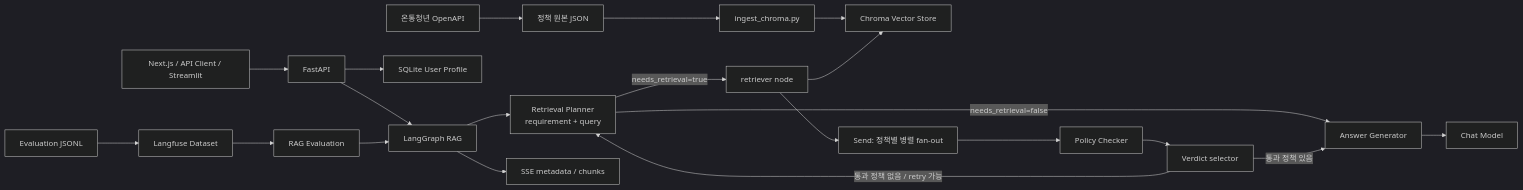
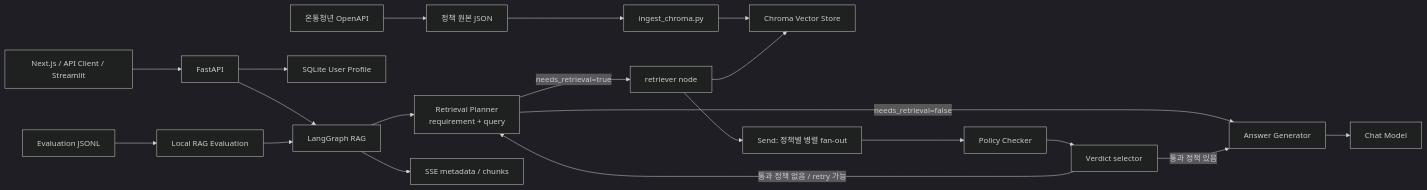
Before and after one commit to SungjinWi99/Youth-Policy-RAG: the diagram in README.md, drawn with Mermaid (dark theme). The commit also changed other lines of this file and 25 other files, not shown here.

Commit message:
Refactor RAG runtime and evaluation workflows

````diff
--- a/README.md
+++ b/README.md
@@ -30,25 +30,24 @@
 ```mermaid
 flowchart LR
     API["온통청년 OpenAPI"] --> RAW["정책 원본 JSON"]
     RAW --> INGEST["ingest_chroma.py"]
     INGEST --> CHROMA["Chroma Vector Store"]
 
     CLIENT["Next.js / API Client / Streamlit"] --> FASTAPI["FastAPI"]
     FASTAPI --> USERDB["SQLite User Profile"]
     FASTAPI --> GRAPH["LangGraph RAG"]
     GRAPH --> PLANNER["Retrieval Planner<br/>requirement + query"]
     PLANNER -->|"needs_retrieval=true"| RETRIEVE["retriever node"]
     PLANNER -->|"needs_retrieval=false"| GENERATOR["Answer Generator"]
     RETRIEVE --> CHROMA
     RETRIEVE --> SEND["Send: 정책별 병렬 fan-out"]
     SEND --> CHECKER["Policy Checker"]
     CHECKER --> SELECTOR["Verdict selector"]
     SELECTOR -->|"통과 정책 있음"| GENERATOR
     SELECTOR -->|"통과 정책 없음 / retry 가능"| PLANNER
     GENERATOR --> LLM["Chat Model"]
     GRAPH --> SSE["SSE metadata / chunks"]
 
-    EVALDATA["Evaluation JSONL"] --> LANGFUSE["Langfuse Dataset"]
-    LANGFUSE --> EVALRUN["RAG Evaluation"]
+    EVALDATA["Evaluation JSONL"] --> EVALRUN["Local RAG Evaluation"]
     EVALRUN --> GRAPH
 ```
````
